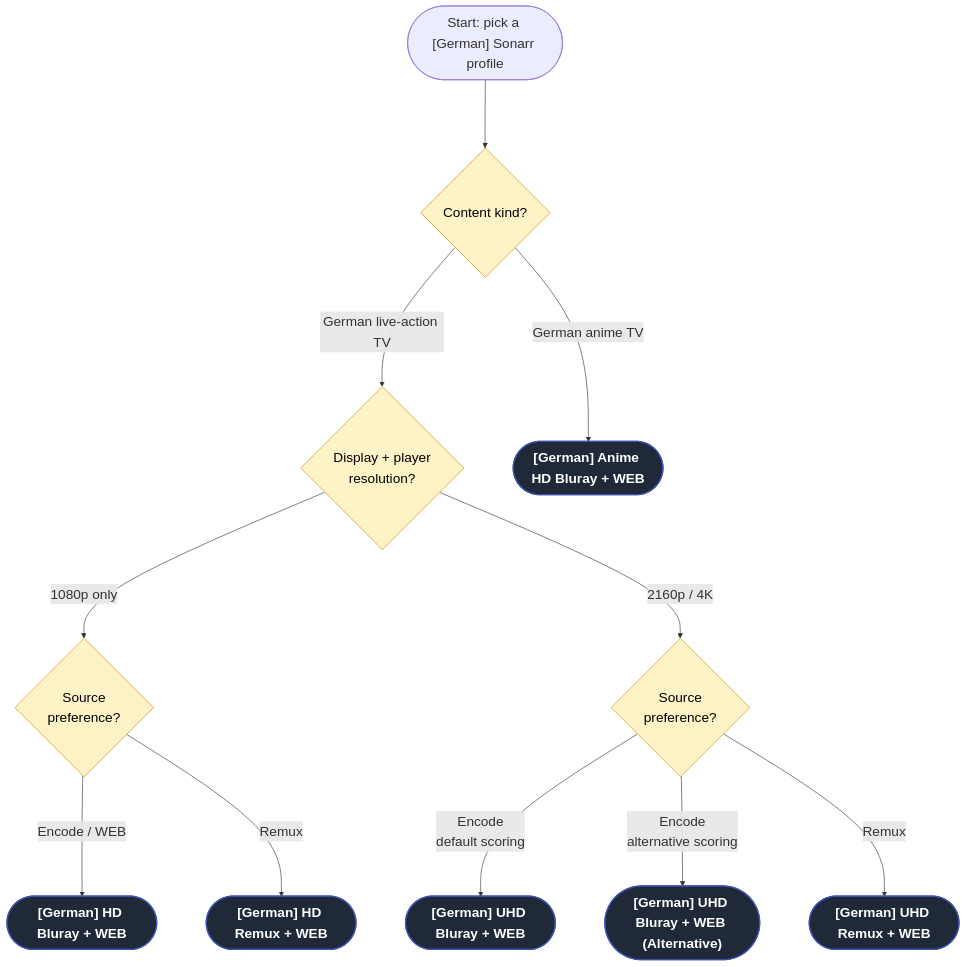
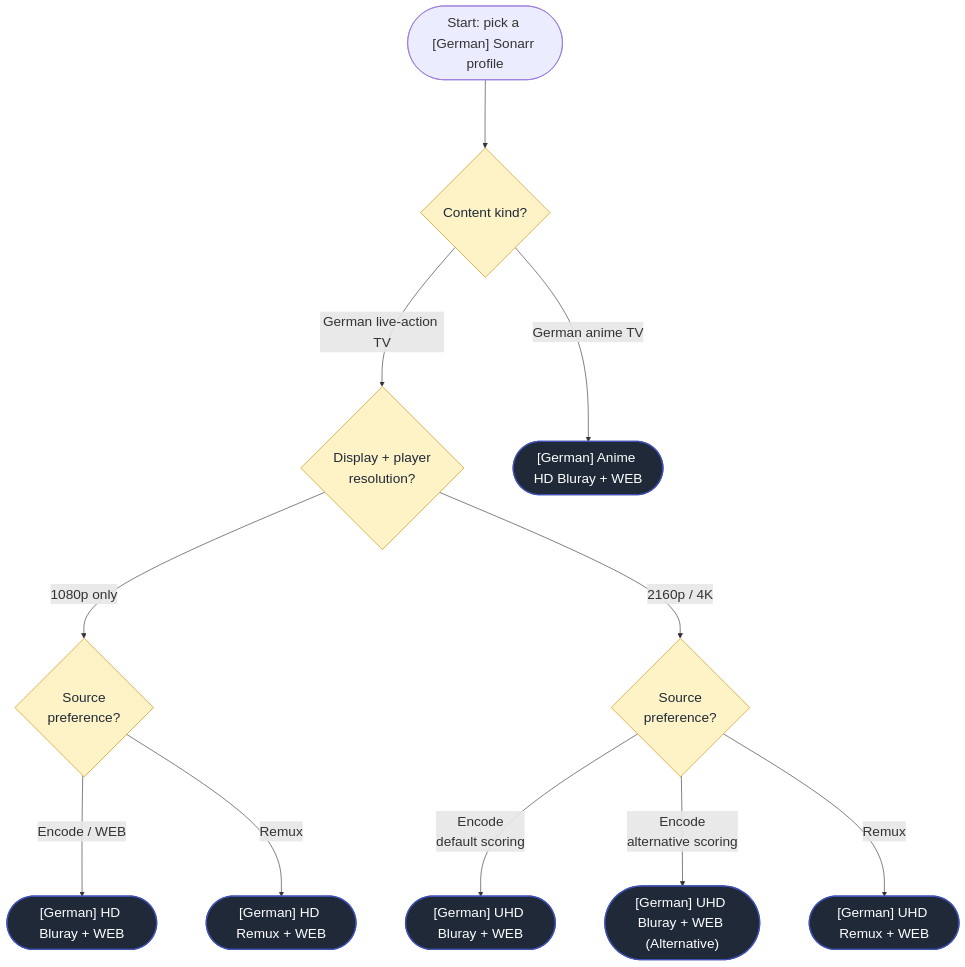
Before and after one commit to TRaSH-Guides/Guides: the diagram in includes/starr/_pick-a-profile-chart-sonarr-german.md, drawn with Mermaid. The commit also changed 12 other files, not shown here.

Commit message:
fix(starr): Fix flowchart text contrast and overflow, collapse inline charts

````diff
--- a/includes/starr/_pick-a-profile-chart-sonarr-german.md
+++ b/includes/starr/_pick-a-profile-chart-sonarr-german.md
@@ -2,20 +2,20 @@
 ```mermaid
 %%{init: {"flowchart": {"useMaxWidth": false, "htmlLabels": true, "curve": "basis", "nodeSpacing": 80, "rankSpacing": 110, "padding": 20}, "themeVariables": {"fontSize": "22px"}}}%%
 flowchart TD
-    START(["Start: pick a [German] Sonarr profile"]) --> KIND{Content kind?}
-    KIND -->|German live-action TV| RES{Display + player<br/>resolution?}
-    KIND -->|German anime TV| P_ANIME(["[German] Anime HD Bluray + WEB"])
+    START(["Start: pick a [German] Sonarr profile"]) --> KIND{"<span style='color:#1f2937'>Content kind?</span>"}
+    KIND -->|German live-action TV| RES{"<span style='color:#1f2937'>Display + player<br/>resolution?</span>"}
+    KIND -->|German anime TV| P_ANIME(["<span style='color:#fff'>[German] Anime HD Bluray + WEB</span>"])
 
-    RES -->|1080p only| HD_SRC{Source<br/>preference?}
-    HD_SRC -->|Encode / WEB| P_DE_HD(["[German] HD Bluray + WEB"])
-    HD_SRC -->|Remux| P_DE_HDR(["[German] HD Remux + WEB"])
-    RES -->|2160p / 4K| UHD_SRC{Source<br/>preference?}
-    UHD_SRC -->|Encode<br/>default scoring| P_DE_UHD(["[German] UHD Bluray + WEB"])
-    UHD_SRC -->|Encode<br/>alternative scoring| P_DE_UHD_ALT(["[German] UHD Bluray + WEB (Alternative)"])
-    UHD_SRC -->|Remux| P_DE_UHDR(["[German] UHD Remux + WEB"])
+    RES -->|1080p only| HD_SRC{"<span style='color:#1f2937'>Source<br/>preference?</span>"}
+    HD_SRC -->|Encode / WEB| P_DE_HD(["<span style='color:#fff'>[German] HD Bluray + WEB</span>"])
+    HD_SRC -->|Remux| P_DE_HDR(["<span style='color:#fff'>[German] HD Remux + WEB</span>"])
+    RES -->|2160p / 4K| UHD_SRC{"<span style='color:#1f2937'>Source<br/>preference?</span>"}
+    UHD_SRC -->|Encode<br/>default scoring| P_DE_UHD(["<span style='color:#fff'>[German] UHD Bluray + WEB</span>"])
+    UHD_SRC -->|Encode<br/>alternative scoring| P_DE_UHD_ALT(["<span style='color:#fff'>[German] UHD Bluray + WEB (Alternative)</span>"])
+    UHD_SRC -->|Remux| P_DE_UHDR(["<span style='color:#fff'>[German] UHD Remux + WEB</span>"])
 
-    classDef leaf fill:#1f2937,stroke:#4051B5,stroke-width:2px,color:#fff,font-weight:bold;
-    classDef decision fill:#fef3c7,stroke:#ca8a04,color:#000;
+    classDef leaf fill:#1f2937,stroke:#4051B5,stroke-width:2px,color:#fff;
+    classDef decision fill:#fef3c7,stroke:#ca8a04,color:#1f2937;
     class P_ANIME,P_DE_HD,P_DE_HDR,P_DE_UHD,P_DE_UHD_ALT,P_DE_UHDR leaf;
     class KIND,RES,HD_SRC,UHD_SRC decision;
 ```
````
